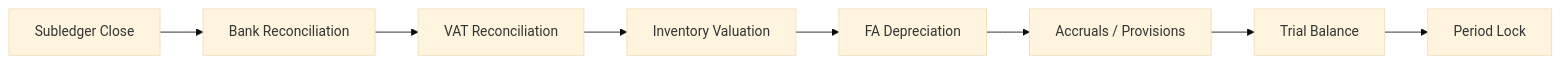
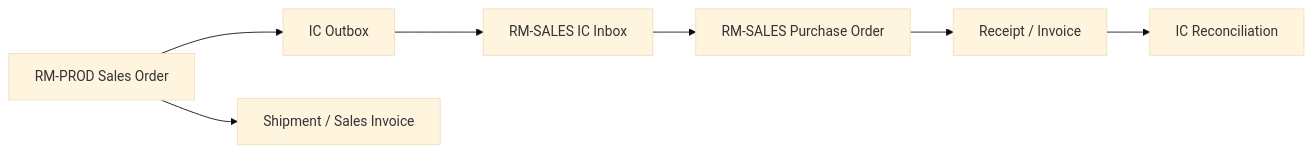
The tenth of 10 diagrams in FiBu_Buch_BC_Standardprozesse_DE_Master_Blueprint.md (sivla/FiBu), drawn with Mermaid (base theme) before and after one commit. The commit also changed other lines of this file and 2 other files, not shown here.

````diff
--- a/FiBu_Buch_BC_Standardprozesse_DE_Master_Blueprint.md
+++ b/FiBu_Buch_BC_Standardprozesse_DE_Master_Blueprint.md
@@ -547,10 +706,9 @@
 ```mermaid
 flowchart LR
-    A["Subledger Close"] --> B["Bank Reconciliation"]
-    B --> C["VAT Reconciliation"]
-    C --> D["Inventory Valuation"]
-    D --> E["FA Depreciation"]
-    E --> F["Accruals / Provisions"]
-    F --> G["Trial Balance"]
-    G --> H["Period Lock"]
+    A["RM-PROD Sales Order"] --> B["IC Outbox"]
+    B --> C["RM-SALES IC Inbox"]
+    C --> D["RM-SALES Purchase Order"]
+    D --> E["Receipt / Invoice"]
+    A --> F["Shipment / Sales Invoice"]
+    E --> G["IC Reconciliation"]
 ```
````
